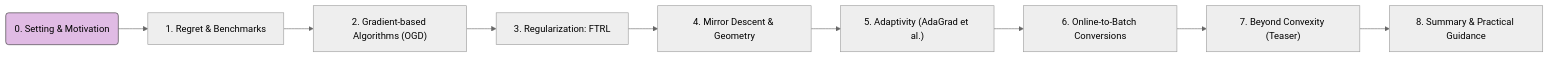
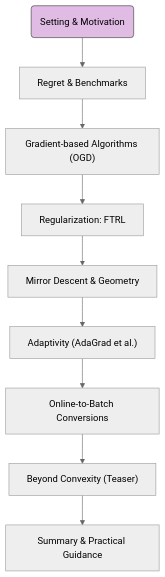
Before and after one commit to JiHa-Kim/jiha-kim.github.io: the diagram in collections/_crash-courses/online-learning/0-introduction.md, drawn with Mermaid (neutral theme). The commit also changed 13 other files, not shown here.

````diff
--- a/collections/_crash-courses/online-learning/0-introduction.md
+++ b/collections/_crash-courses/online-learning/0-introduction.md
@@ -150,13 +150,13 @@
 ```mermaid
-flowchart LR
-    C0("0. Setting & Motivation") --> C1["1. Regret & Benchmarks"]
-    C1 --> C2["2. Gradient-based Algorithms (OGD)"]
-    C2 --> C3["3. Regularization: FTRL"]
-    C3 --> C4["4. Mirror Descent & Geometry"]
-    C4 --> C5["5. Adaptivity (AdaGrad et al.)"]
-    C5 --> C6["6. Online-to-Batch Conversions"]
-    C6 --> C7["7. Beyond Convexity (Teaser)"]
-    C7 --> C8["8. Summary & Practical Guidance"]
+flowchart TD
+    C0("Setting & Motivation") --> C1["Regret & Benchmarks"]
+    C1 --> C2["Gradient-based Algorithms (OGD)"]
+    C2 --> C3["Regularization: FTRL"]
+    C3 --> C4["Mirror Descent & Geometry"]
+    C4 --> C5["Adaptivity (AdaGrad et al.)"]
+    C5 --> C6["Online-to-Batch Conversions"]
+    C6 --> C7["Beyond Convexity (Teaser)"]
+    C7 --> C8["Summary & Practical Guidance"]
 
-    style C0 fill:#E0BBE4,stroke:#333,stroke-width:2px % Highlight current module
+    style C0 fill:#E0BBE4,color:#000,stroke:#333,stroke-width:2px % Highlight current module
 ```
````
